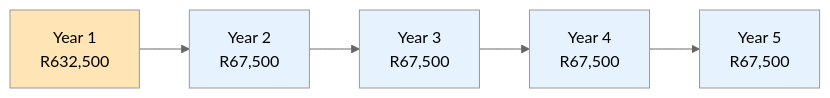
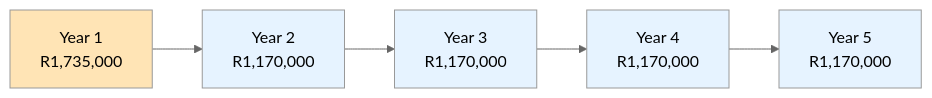
One commit to transnet-eduard-reitmann/locomotive-tracking-unit changed the fourth of 9 diagrams in docs/executive-summary.md. Above: the diagram before and after it, drawn with Mermaid (neutral theme). The commit also changed other lines of this file and 9 other files, not shown here.

````diff
--- a/docs/executive-summary.md
+++ b/docs/executive-summary.md
@@ -92,13 +90,13 @@
 ```mermaid
 graph LR
-    A[Year 1<br/>R632,500] --> B[Year 2<br/>R67,500]
-    B --> C[Year 3<br/>R67,500]
-    C --> D[Year 4<br/>R67,500]
-    D --> E[Year 5<br/>R67,500]
+    A[Year 1<br/>R1,735,000] --> B[Year 2<br/>R1,170,000]
+    B --> C[Year 3<br/>R1,170,000]
+    C --> D[Year 4<br/>R1,170,000]
+    D --> E[Year 5<br/>R1,170,000]
     
     style A fill:#FFE4B5
     style B fill:#E6F3FF
     style C fill:#E6F3FF
     style D fill:#E6F3FF
     style E fill:#E6F3FF
 ```
````
